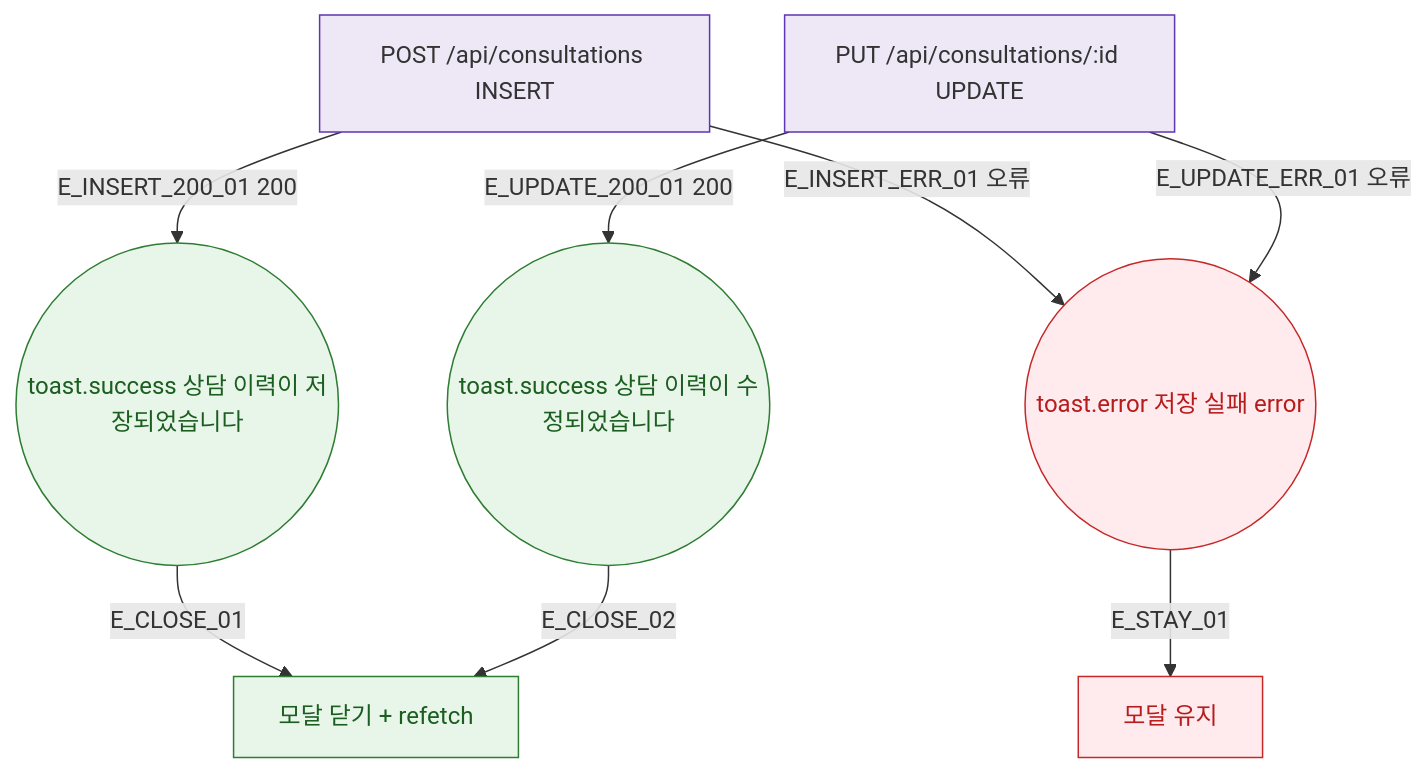
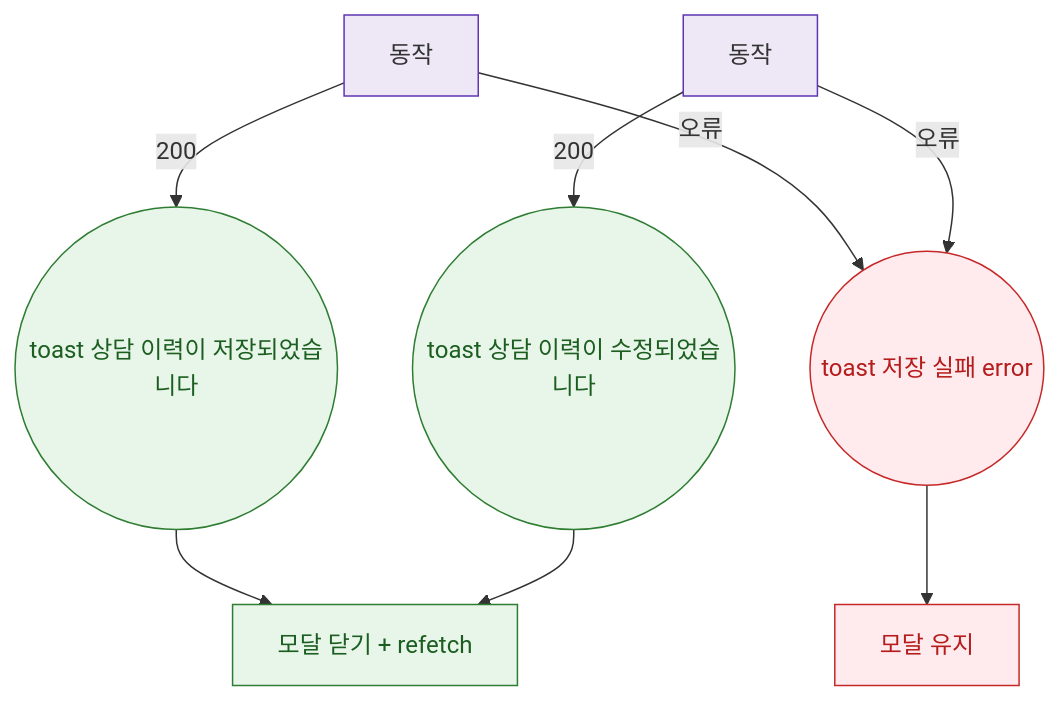
The diagram in docs/다이어그램/D02_회원관리/DLG/DLG-M011_상담등록/M3_결과분기.md (dev-spogym/admin-pando), drawn with Mermaid before and after one commit. The commit also changed other lines of this file and 1660 other files, not shown here.

First line of the commit message:
다이어그램: 기획자/클라이언트 납품본으로 정리

````diff
--- a/docs/다이어그램/D02_회원관리/DLG/DLG-M011_상담등록/M3_결과분기.md
+++ b/docs/다이어그램/D02_회원관리/DLG/DLG-M011_상담등록/M3_결과분기.md
@@ -22,24 +20,24 @@
 ```mermaid
 flowchart TD
-  API_INSERT[POST /api/consultations INSERT]
-  API_UPDATE[PUT /api/consultations/:id UPDATE]
+  API_INSERT[동작]
+  API_UPDATE[동작]
 
-  API_INSERT -->|E_INSERT_200_01 200| TOAST_ADD((toast.success 상담 이력이 저장되었습니다))
-  API_INSERT -->|E_INSERT_ERR_01 오류| TOAST_ERR((toast.error 저장 실패 error))
+  API_INSERT -->|200|TOAST_ADD((toast 상담 이력이 저장되었습니다))
+  API_INSERT -->|오류|TOAST_ERR((toast 저장 실패 error))
 
-  API_UPDATE -->|E_UPDATE_200_01 200| TOAST_EDIT((toast.success 상담 이력이 수정되었습니다))
-  API_UPDATE -->|E_UPDATE_ERR_01 오류| TOAST_ERR
+  API_UPDATE -->|200|TOAST_EDIT((toast 상담 이력이 수정되었습니다))
+  API_UPDATE -->|오류|TOAST_ERR
 
-  TOAST_ADD  -->|E_CLOSE_01| POST_OK[모달 닫기 + refetch]
-  TOAST_EDIT -->|E_CLOSE_02| POST_OK
+  TOAST_ADD --> POST_OK[모달 닫기 + refetch]
+  TOAST_EDIT --> POST_OK
 
-  TOAST_ERR  -->|E_STAY_01| MODAL_STAY[모달 유지]
+  TOAST_ERR --> MODAL_STAY[모달 유지]
 
   classDef success fill:#E8F5E9,stroke:#2E7D32,color:#1B5E20
-  classDef error   fill:#FFEBEE,stroke:#C62828,color:#B71C1C
-  classDef system  fill:#EDE7F6,stroke:#5E35B2
+  classDef error fill:#FFEBEE,stroke:#C62828,color:#B71C1C
+  classDef system fill:#EDE7F6,stroke:#5E35B2
 
   class TOAST_ADD,TOAST_EDIT,POST_OK success
   class TOAST_ERR,MODAL_STAY error
   class API_INSERT,API_UPDATE system
 ```
````
